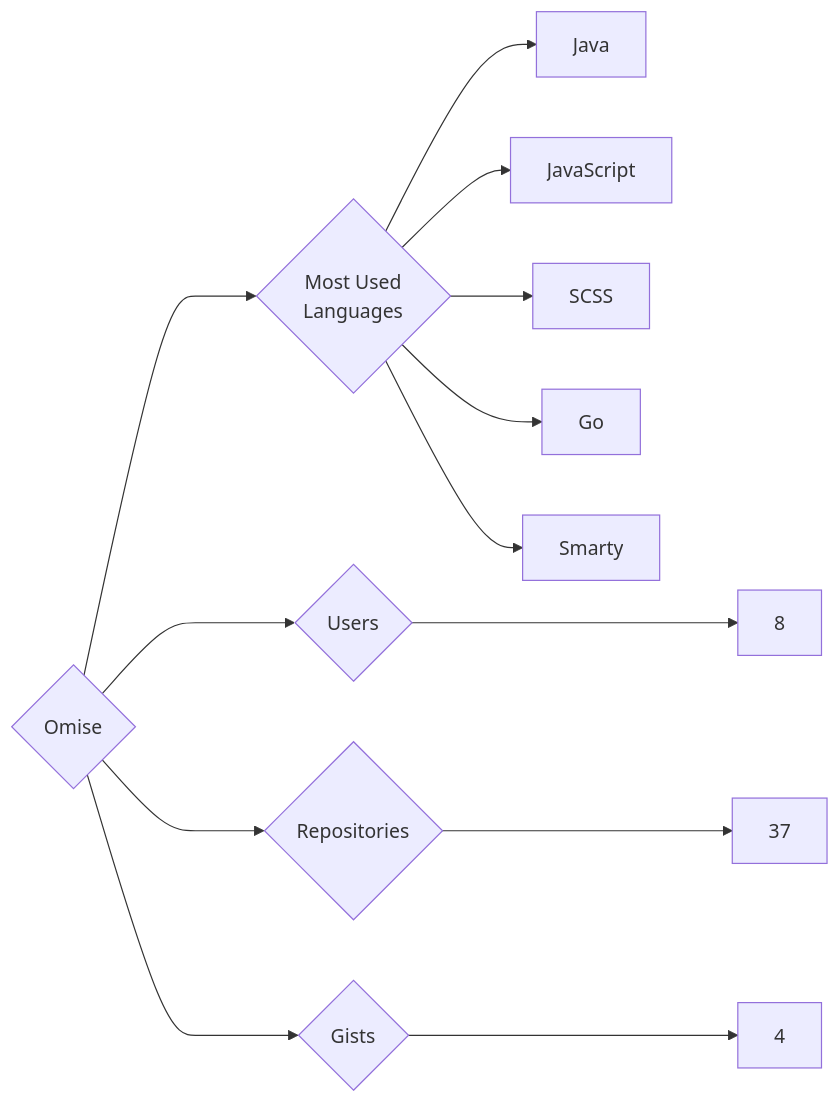
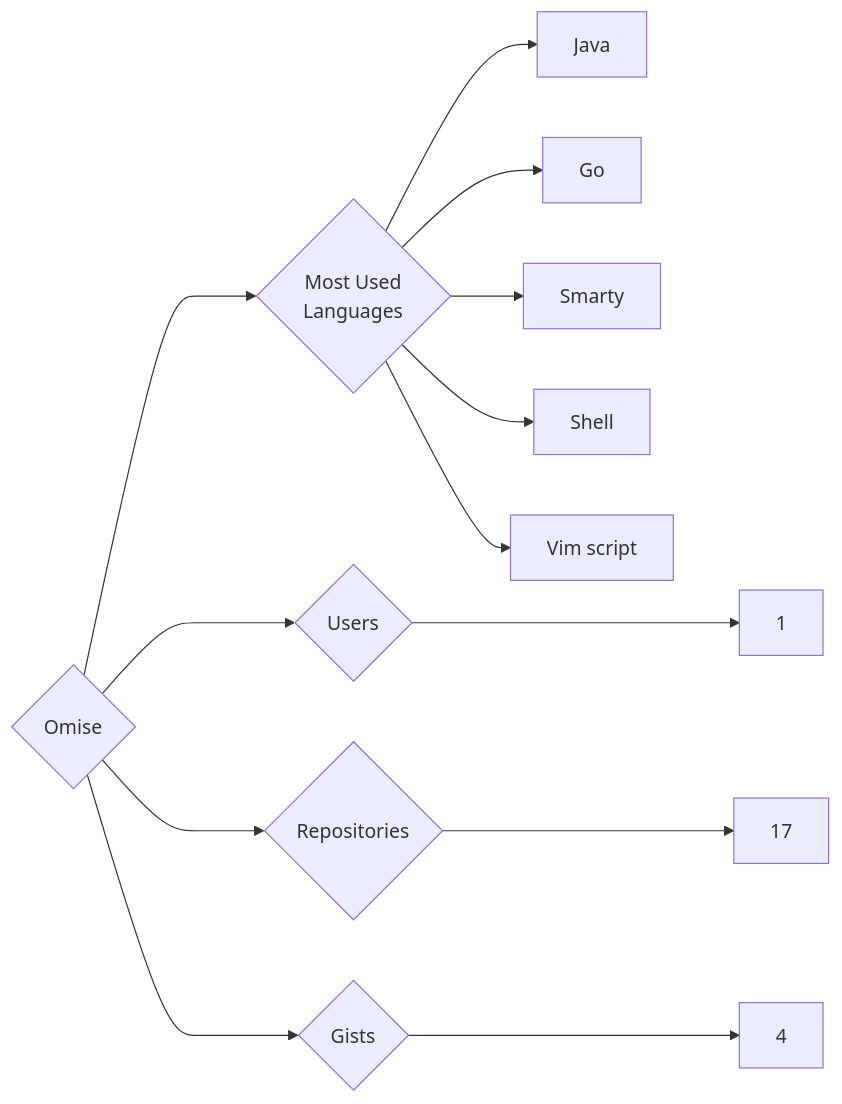
Before and after one commit to trickest/insiders: the diagram in targets/Omise/README.md, drawn with Mermaid. The commit also changed 851 other files, not shown here.

````diff
--- a/targets/Omise/README.md
+++ b/targets/Omise/README.md
@@ -3,13 +3,13 @@
 ```mermaid
 graph LR
 COMPANY_NAME{Omise}
-COMPANY_NAME ---> U{Users} ---> UN[8]
-COMPANY_NAME ---> R{Repositories} ---> RN[37]
+COMPANY_NAME ---> U{Users} ---> UN[1]
+COMPANY_NAME ---> R{Repositories} ---> RN[17]
 COMPANY_NAME ---> G{Gists} ---> GN[4]
 COMPANY_NAME ---> ML{Most Used<br>Languages}
 ML --> Java[Java]
-ML --> JavaScript[JavaScript]
-ML --> SCSS[SCSS]
 ML --> Go[Go]
 ML --> Smarty[Smarty]
+ML --> Shell[Shell]
+ML --> Vim_script[Vim script]
 ```
````
